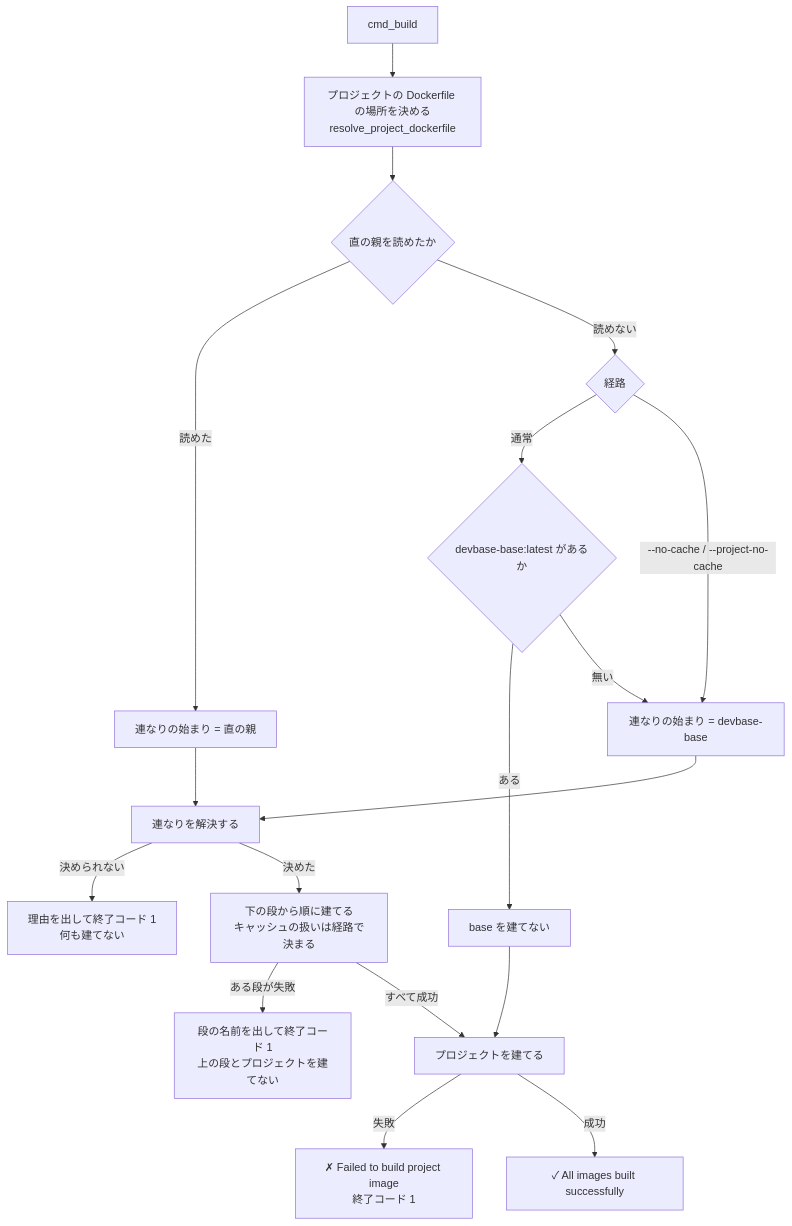
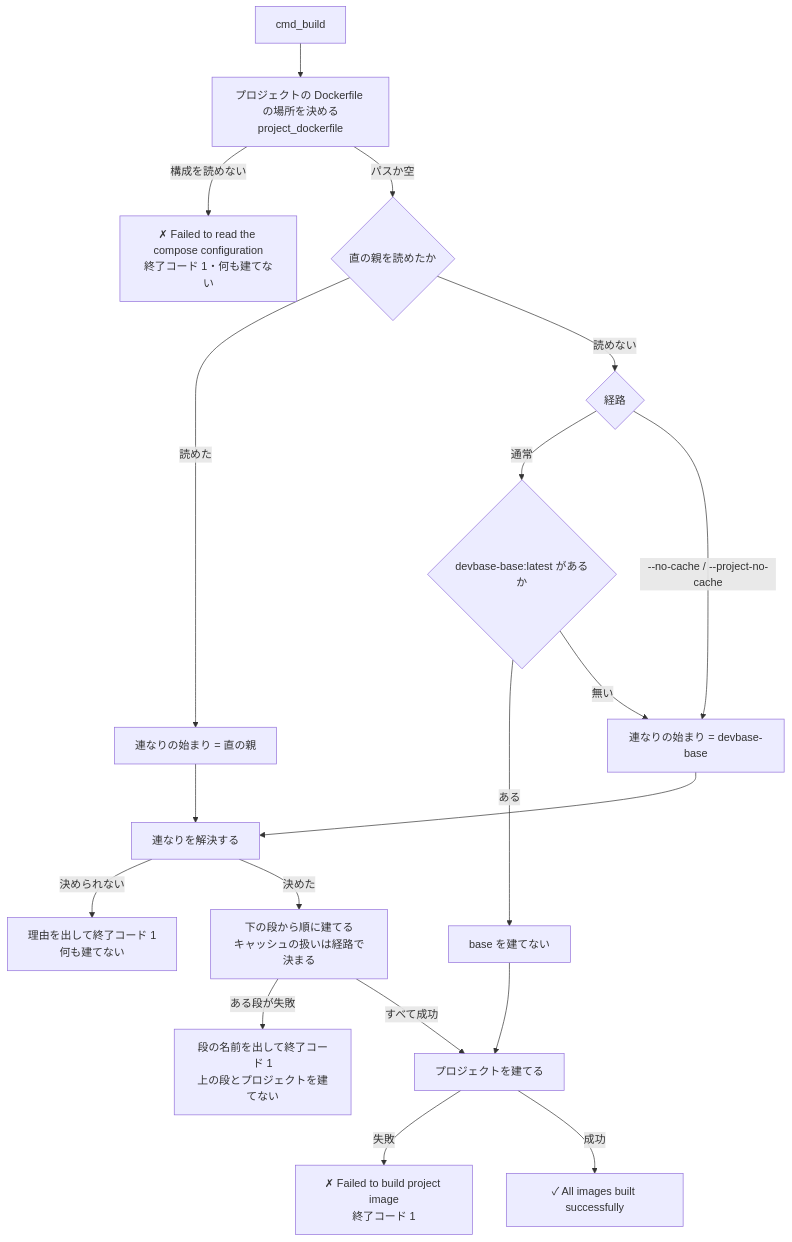
One commit to devbasex/devbase changed the third of 4 diagrams in docs/specifications/base-image-chain-build.md. Above: the diagram before and after it, drawn with Mermaid. The commit also changed other lines of this file and 1 other file, not shown here.

Commit message:
docs: 確定仕様と CHANGELOG に、開発サービスの build から Dockerfile を決めることを書く（#415）

````diff
--- a/docs/specifications/base-image-chain-build.md
+++ b/docs/specifications/base-image-chain-build.md
@@ -170,19 +225,20 @@
 ```mermaid
 graph TD
-    S[cmd_build] --> DF[プロジェクトの Dockerfile の場所を決める<br/>resolve_project_dockerfile]
-    DF --> RD{直の親を読めたか}
+    S[cmd_build] --> DF[プロジェクトの Dockerfile の場所を決める<br/>project_dockerfile]
+    DF -->|構成を読めない| E0[✗ Failed to read the compose configuration<br/>終了コード 1・何も建てない]
+    DF -->|パスか空| RD{直の親を読めたか}
     RD -->|読めた| T1[連なりの始まり = 直の親]
     RD -->|読めない| M{経路}
     M -->|通常| X{devbase-base:latest があるか}
     X -->|ある| SK[base を建てない] --> PB
     X -->|無い| T2[連なりの始まり = devbase-base]
     M -->|--no-cache / --project-no-cache| T2
     T1 --> RC[連なりを解決する]
     T2 --> RC
     RC -->|決められない| E1[理由を出して終了コード 1<br/>何も建てない]
     RC -->|決めた| BC[下の段から順に建てる<br/>キャッシュの扱いは経路で決まる]
     BC -->|ある段が失敗| E2[段の名前を出して終了コード 1<br/>上の段とプロジェクトを建てない]
     BC -->|すべて成功| PB[プロジェクトを建てる]
     PB -->|失敗| E3[✗ Failed to build project image<br/>終了コード 1]
     PB -->|成功| OK[✓ All images built successfully]
 ```
````
